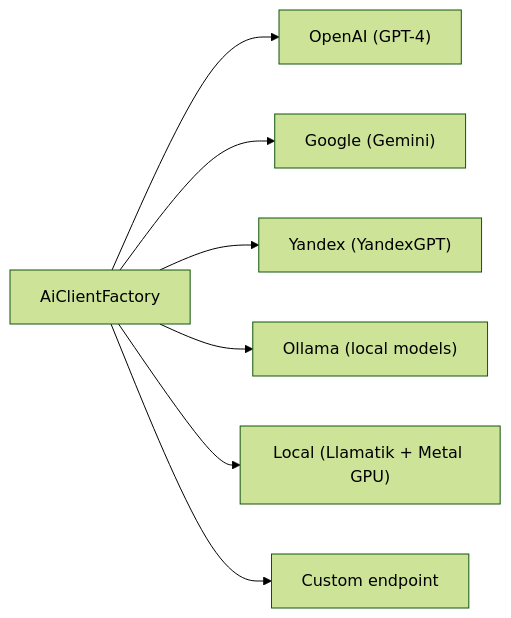
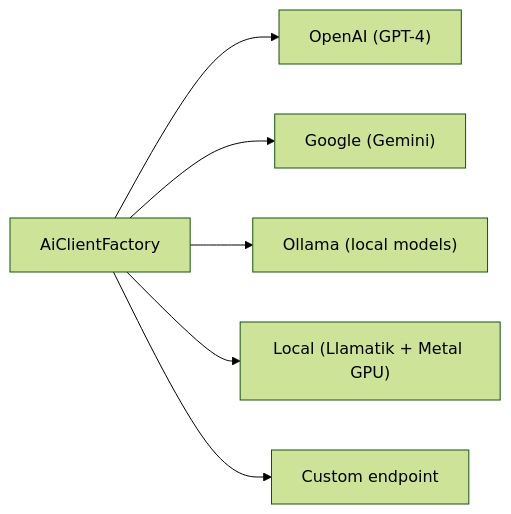
Before and after one commit to VladLerkin/family-tree-editor: the fifth of 5 diagrams in docs/TECHNICAL_OVERVIEW.md, drawn with Mermaid (forest theme). The commit also changed other lines of this file and 22 other files, not shown here.

````diff
--- a/docs/TECHNICAL_OVERVIEW.md
+++ b/docs/TECHNICAL_OVERVIEW.md
@@ -209,9 +209,8 @@
 ```mermaid
 graph LR
     FACTORY["AiClientFactory"] --> OAI["OpenAI (GPT-4)"]
     FACTORY --> GG["Google (Gemini)"]
-    FACTORY --> YA["Yandex (YandexGPT)"]
     FACTORY --> OL["Ollama (local models)"]
     FACTORY --> LO["Local (Llamatik + Metal GPU)"]
     FACTORY --> CU["Custom endpoint"]
 ```
````
